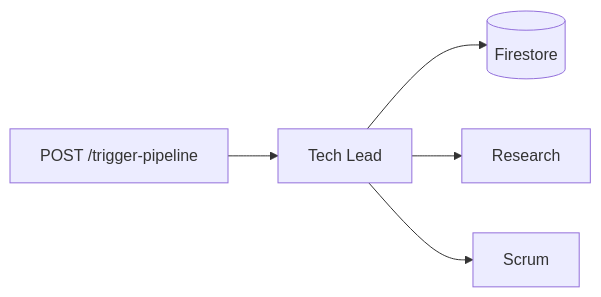
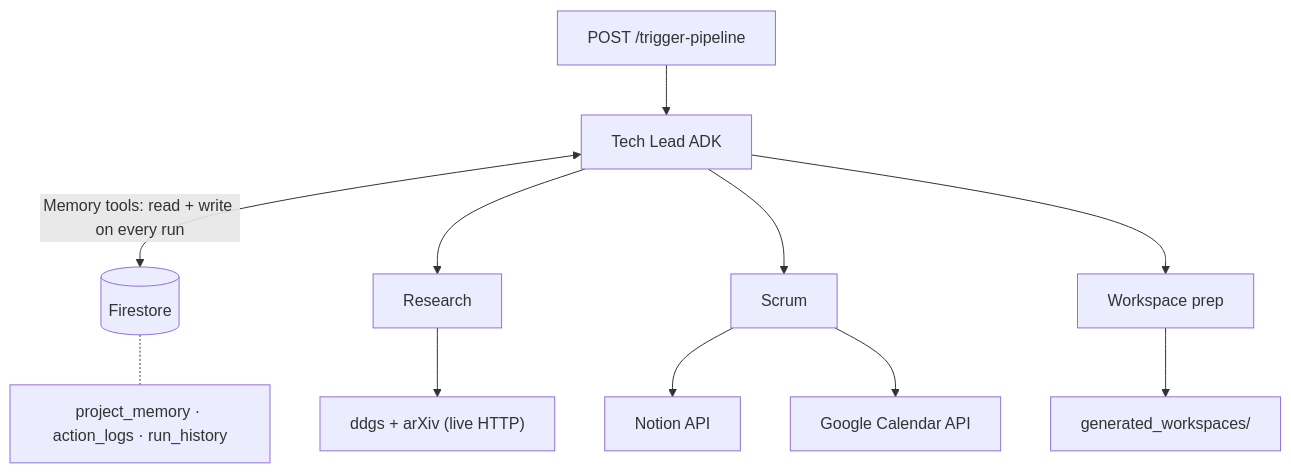
Before and after one commit to FANGxPC/autonomous-rnd-system: the diagram in README.md, drawn with Mermaid. The commit also changed other lines of this file, not shown here.

````diff
--- a/README.md
+++ b/README.md
@@ -28,7 +28,17 @@
 ```mermaid
-flowchart LR
-  API["POST /trigger-pipeline"] --> TL[Tech Lead]
-  TL --> FS[(Firestore)]
+flowchart TB
+  API["POST /trigger-pipeline"] --> TL[Tech Lead ADK]
+
+  TL <-->|"Memory tools: read + write on every run"| FS[(Firestore)]
+  FS -.- MEM["project_memory · action_logs · run_history"]
+
   TL --> R[Research]
+  R --> WEB["ddgs + arXiv (live HTTP)"]
+
   TL --> S[Scrum]
+  S --> N[Notion API]
+  S --> GC[Google Calendar API]
+
+  TL --> WP[Workspace prep]
+  WP --> DISK["generated_workspaces/"]
 ```
````
